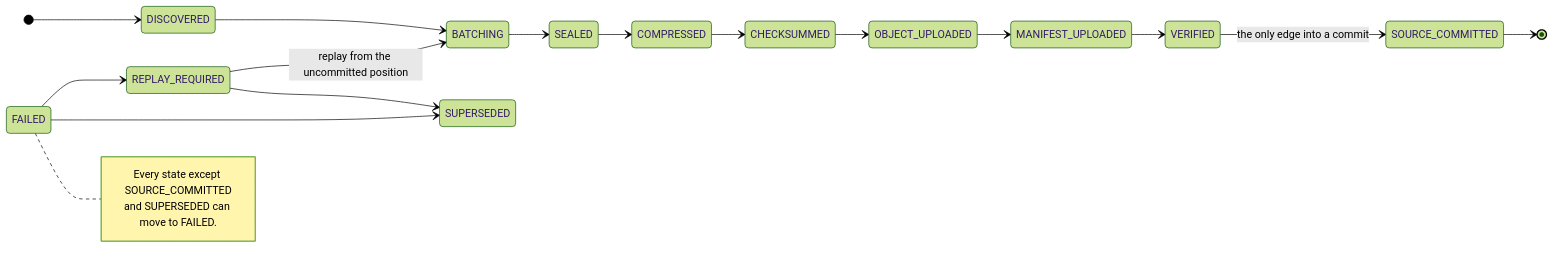
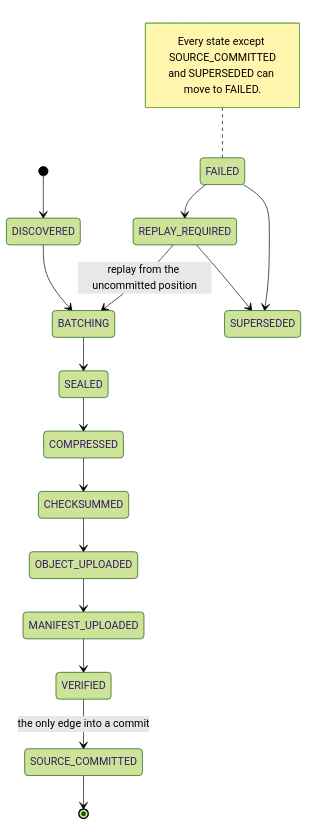
Before and after one commit to allamiro/vtop-engine: the first of 2 diagrams in README.md, drawn with Mermaid (forest theme). The commit also changed other lines of this file, not shown here.

First line of the commit message:
docs: the README's diagrams fit GitHub's column

````diff
--- a/README.md
+++ b/README.md
@@ -38,22 +38,22 @@
 ```mermaid
 stateDiagram-v2
-    direction LR
+    direction TB
     [*] --> DISCOVERED
     DISCOVERED --> BATCHING
     BATCHING --> SEALED
     SEALED --> COMPRESSED
     COMPRESSED --> CHECKSUMMED
     CHECKSUMMED --> OBJECT_UPLOADED
     OBJECT_UPLOADED --> MANIFEST_UPLOADED
     MANIFEST_UPLOADED --> VERIFIED
     VERIFIED --> SOURCE_COMMITTED : the only edge into a commit
     SOURCE_COMMITTED --> [*]
     FAILED --> REPLAY_REQUIRED
     REPLAY_REQUIRED --> BATCHING : replay from the uncommitted position
     FAILED --> SUPERSEDED
     REPLAY_REQUIRED --> SUPERSEDED
-    note right of FAILED
+    note left of FAILED
         Every state except SOURCE_COMMITTED
         and SUPERSEDED can move to FAILED.
     end note
 ```
````
